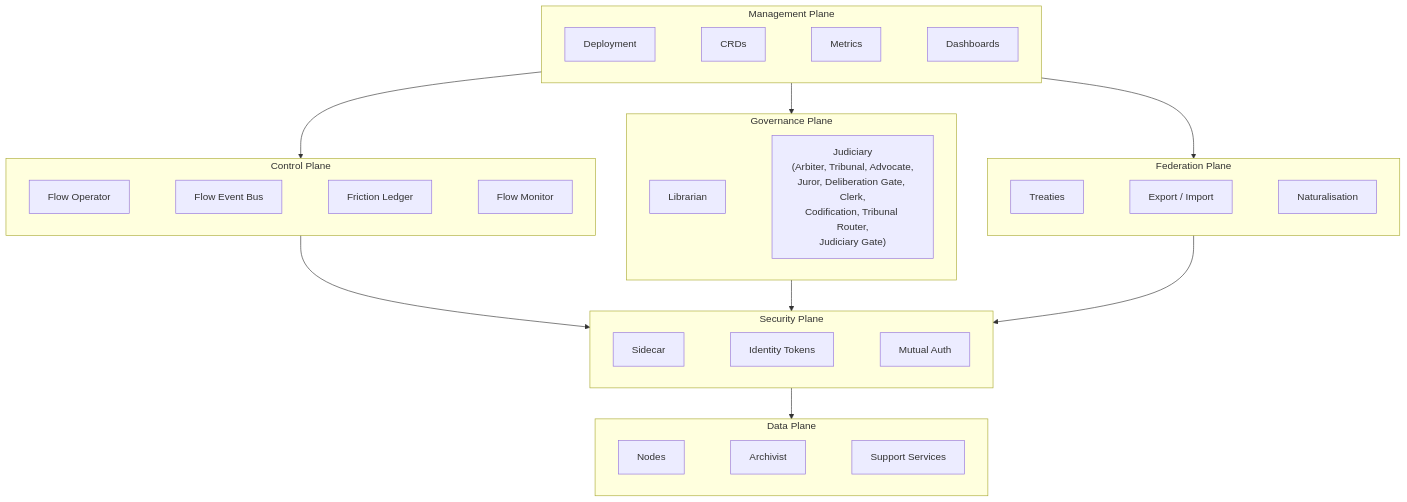
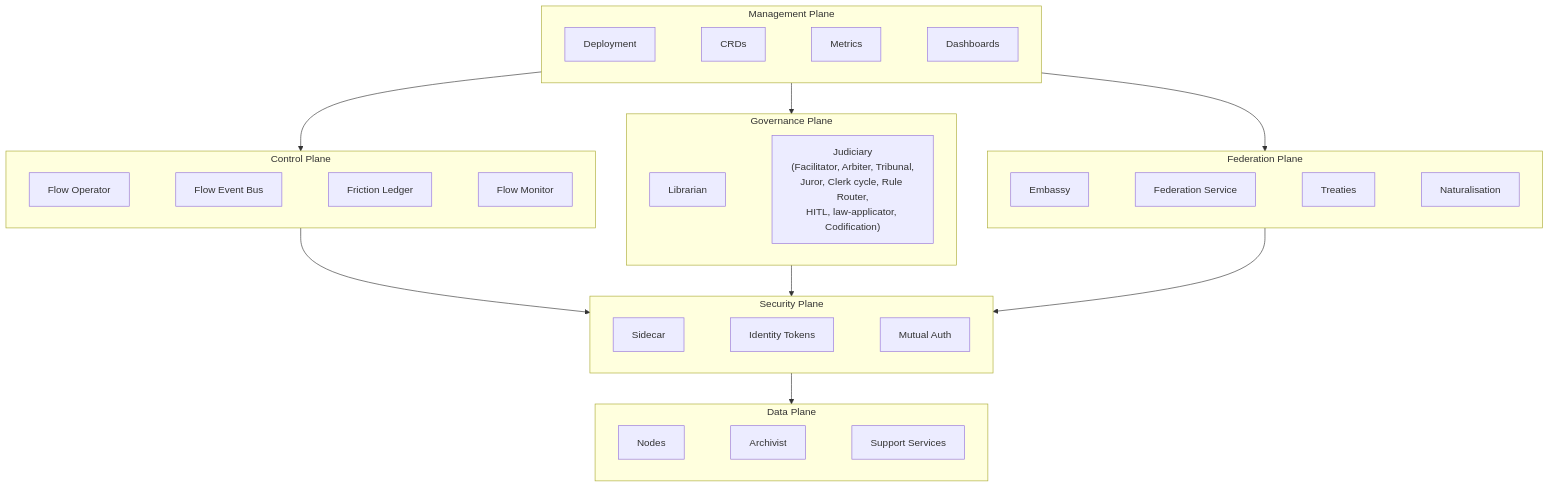
The diagram in specs/01-concepts/01-architecture.md (really-knows-ai/gideas), drawn with Mermaid before and after one commit. The commit also changed other lines of this file and 28 other files, not shown here.

First line of the commit message:
docs: rewrite Phase 10 specs for Embassy and Federation

````diff
--- a/specs/01-concepts/01-architecture.md
+++ b/specs/01-concepts/01-architecture.md
@@ -9,42 +9,42 @@
 ```mermaid
 flowchart TD
     subgraph mgmt["Management Plane"]
         direction LR
         Deployment ~~~ CRDs ~~~ Metrics ~~~ Dashboards
     end
 
     subgraph ctrl["Control Plane"]
         direction LR
         Operator[Flow Operator] ~~~ EventBus[Flow Event Bus] ~~~ FrictionLedger[Friction Ledger] ~~~ Monitor[Flow Monitor]
     end
 
     subgraph gov["Governance Plane"]
         direction LR
-        Librarian ~~~ Judiciary["Judiciary<br/>(Arbiter, Tribunal, Advocate,<br/>Juror, Deliberation Gate, Clerk,<br/>Codification, Tribunal Router,<br/>Judiciary Gate)"]
+        Librarian ~~~ Judiciary["Judiciary<br/>(Facilitator, Arbiter, Tribunal,<br/>Juror, Clerk cycle, Rule Router,<br/>HITL, law-applicator, Codification)"]
     end
 
     subgraph fed["Federation Plane"]
         direction LR
-        Treaties ~~~ Export[Export / Import] ~~~ Nat[Naturalisation]
+        Embassy[Embassy] ~~~ FedSvc[Federation Service] ~~~ Treaties ~~~ Nat[Naturalisation]
     end
 
     subgraph sec["Security Plane"]
         direction LR
         Sidecar ~~~ Tokens[Identity Tokens] ~~~ MutualAuth[Mutual Auth]
     end
 
     subgraph data["Data Plane"]
         direction LR
         Nodes ~~~ Archivist ~~~ SupportSvc["Support Services"]
     end
 
     mgmt --> ctrl
     mgmt --> gov
     mgmt --> fed
 
     ctrl --> sec
     gov --> sec
     fed --> sec
 
     sec --> data
 ```
````
